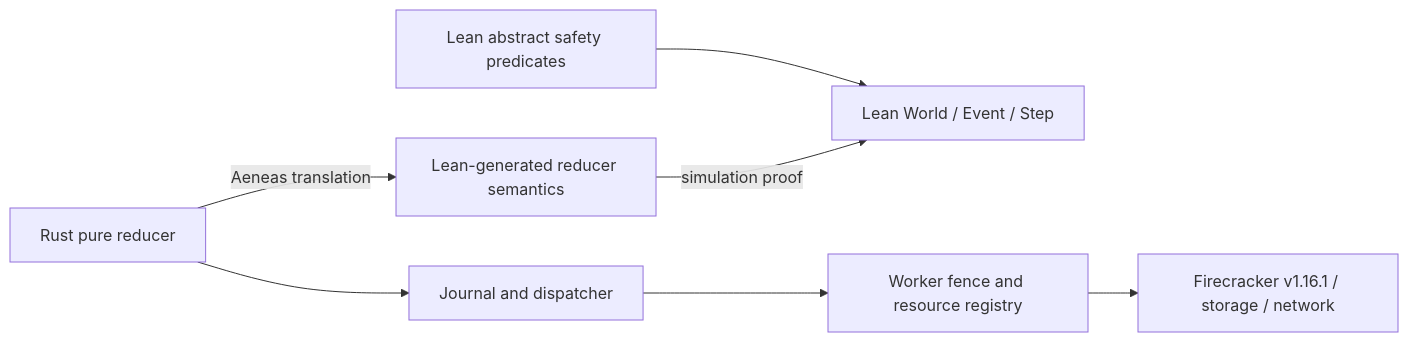
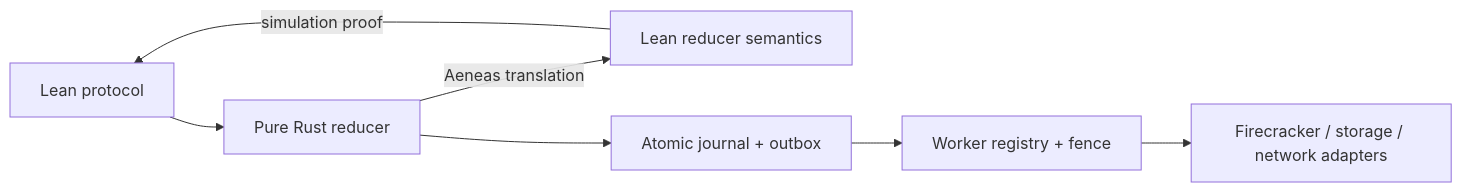
Before and after one commit to VeriInfra-Lab/sandproof: the diagram in docs/refinement-plan.md, drawn with Mermaid. The commit also changed other lines of this file and 11 other files, not shown here.

````diff
--- a/docs/refinement-plan.md
+++ b/docs/refinement-plan.md
@@ -9,9 +9,9 @@
 ```mermaid
 flowchart LR
-    A[Lean abstract safety predicates] --> P[Lean World / Event / Step]
-    R[Rust pure reducer] -->|Aeneas translation| L[Lean-generated reducer semantics]
-    L -->|simulation proof| P
-    R --> J[Journal and dispatcher]
-    J --> W[Worker fence and resource registry]
-    W --> F[Firecracker v1.16.1 / storage / network]
+    S[Lean protocol] --> R[Pure Rust reducer]
+    R -->|Aeneas translation| L[Lean reducer semantics]
+    L -->|simulation proof| S
+    R --> J[Atomic journal + outbox]
+    J --> W[Worker registry + fence]
+    W --> A[Firecracker / storage / network adapters]
 ```
````
